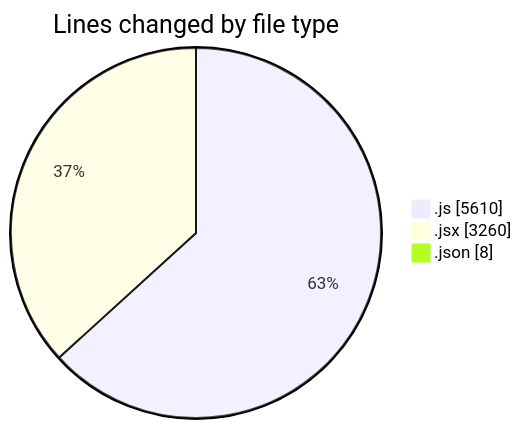
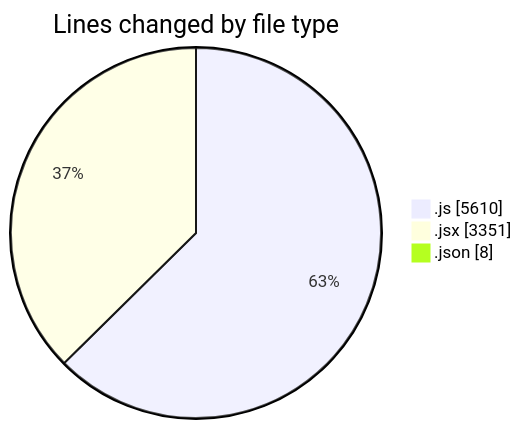
One commit to nxtqubesakshisongat/code-tracking changed the first of 2 diagrams in 2025-07-23/nxtqube_webapp/README.md. Above: the diagram before and after it, drawn with Mermaid. The commit also changed other lines of this file and 1 other file, not shown here.

````diff
--- a/2025-07-23/nxtqube_webapp/README.md
+++ b/2025-07-23/nxtqube_webapp/README.md
@@ -58,7 +59,7 @@
 ```mermaid
 pie showData
 title Lines changed by file type
 ".js" : 5610
-".jsx" : 3260
+".jsx" : 3351
 ".json" : 8
 ```
````
